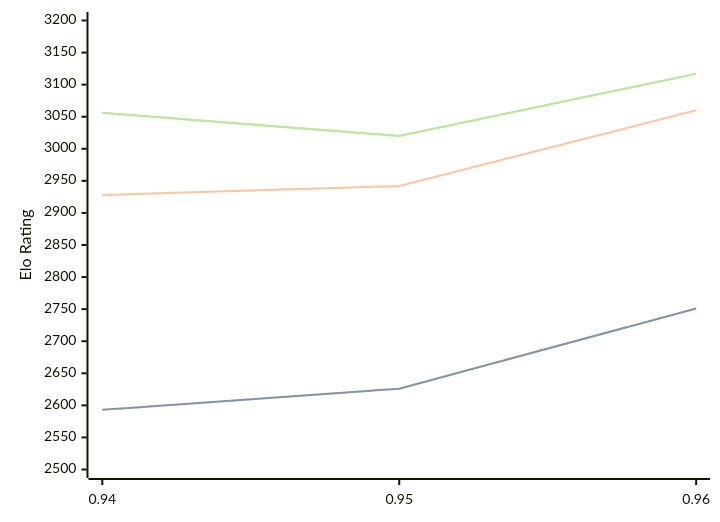
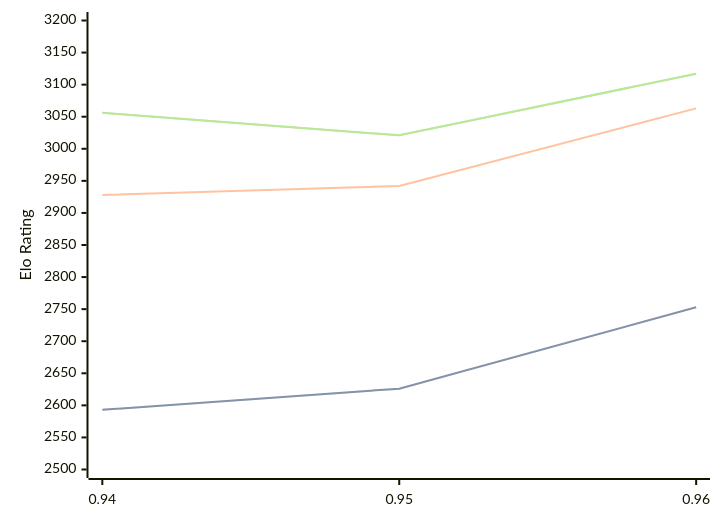
Before and after one commit to computer-chess-index/cci: the diagram in engines/Myrddin.md, drawn with Mermaid. The commit also changed other lines of this file, not shown here.

Commit message:
Update CCI Ratings (ELO VLTC) - 2026-08-27

````diff
--- a/engines/Myrddin.md
+++ b/engines/Myrddin.md
@@ -33,11 +33,11 @@
 ```mermaid
 %%{init: {"theme":"base","themeVariables":{"seriesColors:['#a3a3a3','#222221','#faa371']}}}%%
 xychart-beta
   x-axis ["0.94", "0.95", "0.96"]
   y-axis "Elo Rating" 2500 --> 3200
-  line "STC (8.0+0.08s)" [2593, 2626, 2751]
-  line "STC (8.0+0.08s)" [2593, 2626, 2751]
-  line "LTC (60.0+0.60s)" [2928, 2942, 3060]
-  line "VLTC (2m24s+1.12s)" [3056, 3020, 3117]
-  line "VLTC (2m24s+1.12s)" [3056, 3020, 3117]
+  line "STC (8.0+0.08s)" [2593, 2626, 2753]
+  line "STC (8.0+0.08s)" [2593, 2626, 2753]
+  line "LTC (60.0+0.60s)" [2928, 2942, 3063]
+  line "VLTC (2m24s+1.12s)" [3056, 3021, 3117]
+  line "VLTC (2m24s+1.12s)" [3056, 3021, 3117]
 ```
````
